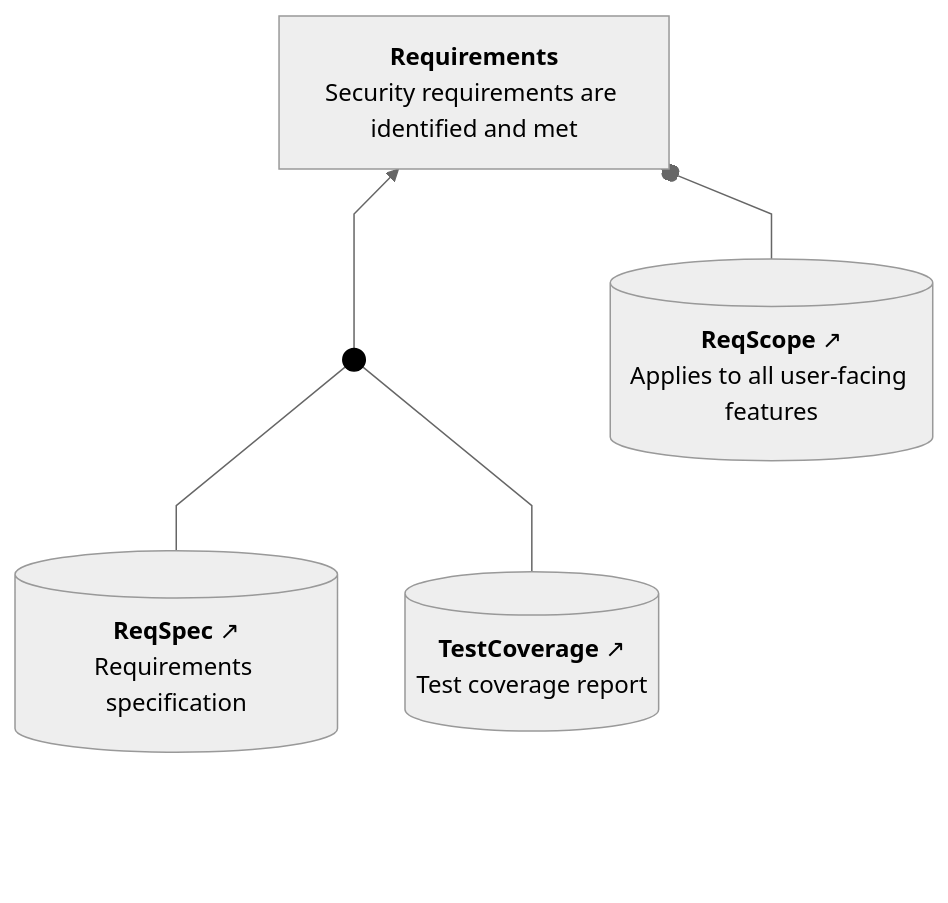
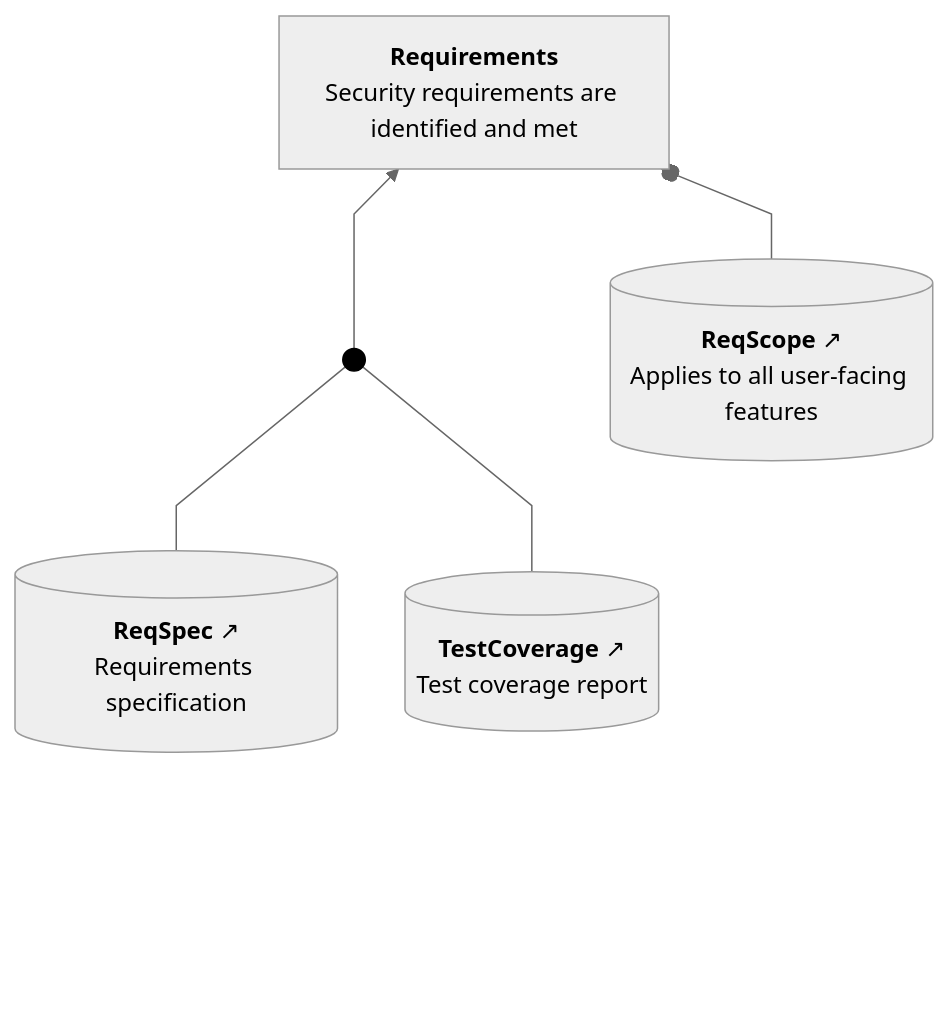
One commit to david-a-wheeler/verocase changed the second of 3 diagrams in tests/fixtures/badgeapp-doc-output.expected.md. Above: the diagram before and after it, drawn with Mermaid. The commit also changed other lines of this file and 8 other files, not shown here.

First line of the commit message:
Force BottomPadding to have vertical height

````diff
--- a/tests/fixtures/badgeapp-doc-output.expected.md
+++ b/tests/fixtures/badgeapp-doc-output.expected.md
@@ -75,34 +75,34 @@
 ```mermaid
 ---
 config:
   theme: neutral
   flowchart:
     curve: linear
     htmlLabels: true
     rankSpacing: 60
     nodeSpacing: 45
     padding: 15
 ---
 flowchart BT
     classDef invisible opacity:0
     classDef sacmDot fill:#000,stroke:#000
     classDef connector fill:none,stroke:#cccccc,stroke-width:1px;
     classDef abstractClaim stroke-width:2px,stroke-dasharray: 5 5;
     Requirements["<b>Requirements</b><br>Security requirements are identified and met"]
     ReqSpec[("<b>ReqSpec</b>&nbsp;↗<br>Requirements specification")]
     TestCoverage[("<b>TestCoverage</b>&nbsp;↗<br>Test coverage report")]
     ReqScope[("<b>ReqScope</b>&nbsp;↗<br>Applies to all user-facing features")]
     Dot1((" ")):::sacmDot
     click Requirements "https://github.com/david-a-wheeler/verocase/blob/main/tests/fixtures/badgeapp-doc-output.expected.md#claim-requirements"
     click ReqSpec "https://github.com/david-a-wheeler/verocase/blob/main/tests/fixtures/badgeapp-doc-output.expected.md#evidence-reqspec"
     click TestCoverage "https://github.com/david-a-wheeler/verocase/blob/main/tests/fixtures/badgeapp-doc-output.expected.md#evidence-testcoverage"
     click ReqScope "https://github.com/david-a-wheeler/verocase/blob/main/tests/fixtures/badgeapp-doc-output.expected.md#context-reqscope"
 
-    BottomPadding1[ ]:::invisible ~~~ ReqSpec
-    BottomPadding2[ ]:::invisible ~~~ TestCoverage
-    BottomPadding3[ ]:::invisible ~~~ ReqScope
+    BottomPadding1["<br/><br/><br/>"]:::invisible ~~~ ReqSpec
+    BottomPadding2["<br/><br/><br/>"]:::invisible ~~~ TestCoverage
+    BottomPadding3["<br/><br/><br/>"]:::invisible ~~~ ReqScope
     ReqSpec --- Dot1
     TestCoverage --- Dot1
     Dot1 --> Requirements
     ReqScope --o Requirements
 ```
````
